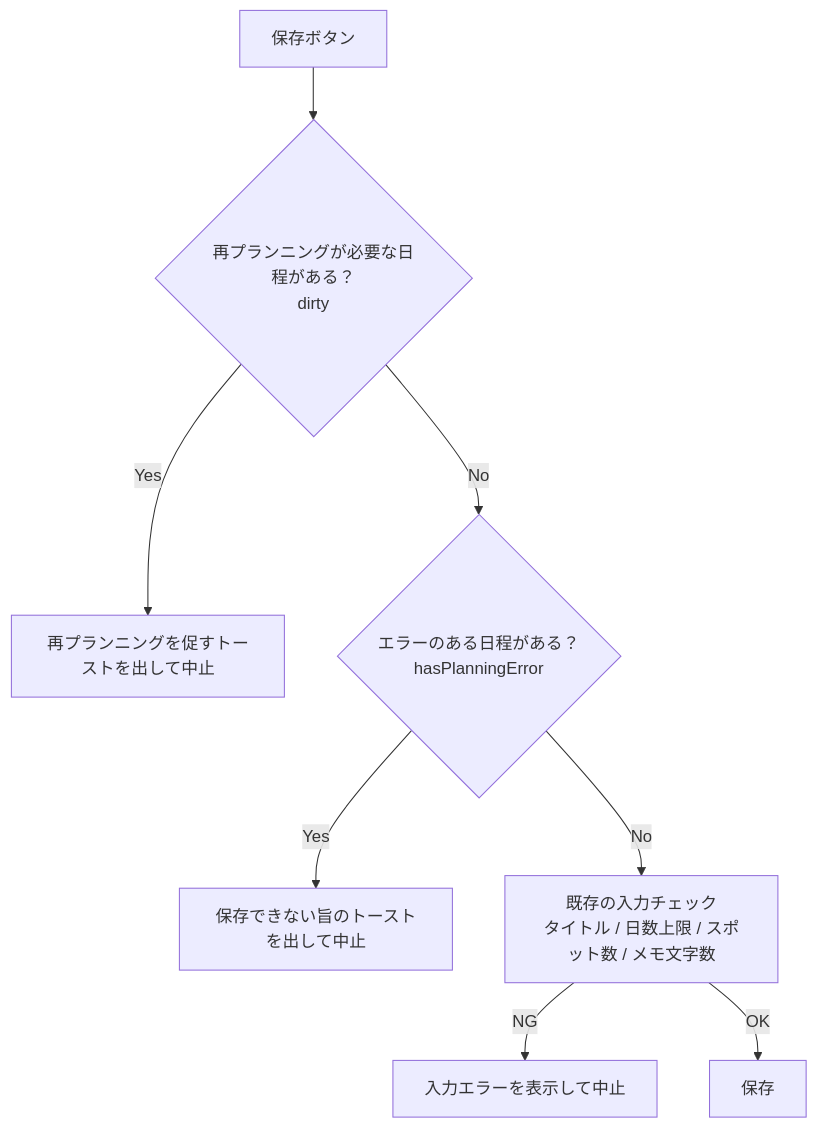
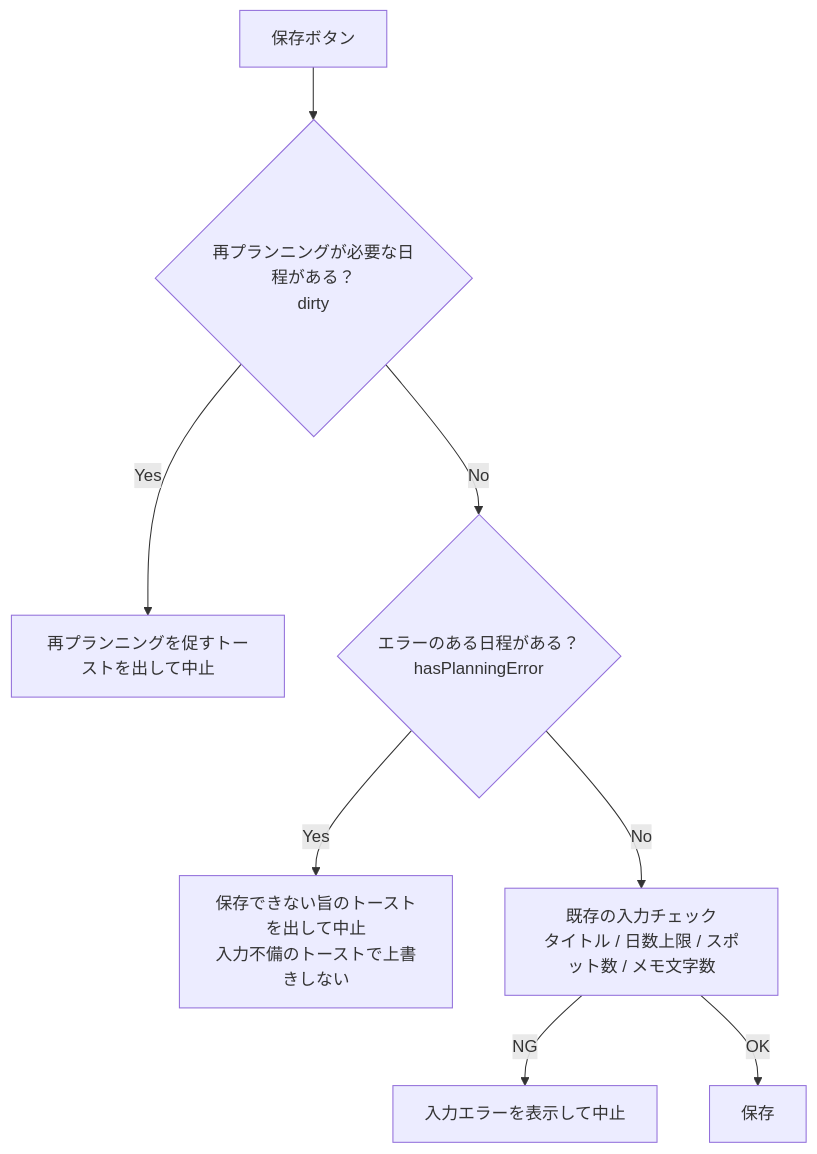
The fourth of 4 diagrams in docs/tasks/No.388_プランニング処理フロー.md (ju-ki/moptabi), drawn with Mermaid before and after one commit. The commit also changed other lines of this file and 1 other file, not shown here.

````diff
--- a/docs/tasks/No.388_プランニング処理フロー.md
+++ b/docs/tasks/No.388_プランニング処理フロー.md
@@ -100,10 +101,10 @@
 ```mermaid
 flowchart TD
   A["保存ボタン"] --> B{"再プランニングが必要な日程がある？<br>dirty"}
   B -- Yes --> B1["再プランニングを促すトーストを出して中止"]
   B -- No --> C{"エラーのある日程がある？<br>hasPlanningError"}
-  C -- Yes --> C1["保存できない旨のトーストを出して中止"]
+  C -- Yes --> C1["保存できない旨のトーストを出して中止<br>入力不備のトーストで上書きしない"]
   C -- No --> D["既存の入力チェック<br>タイトル / 日数上限 / スポット数 / メモ文字数"]
   D -- NG --> D1["入力エラーを表示して中止"]
   D -- OK --> E["保存"]
 ```
````
